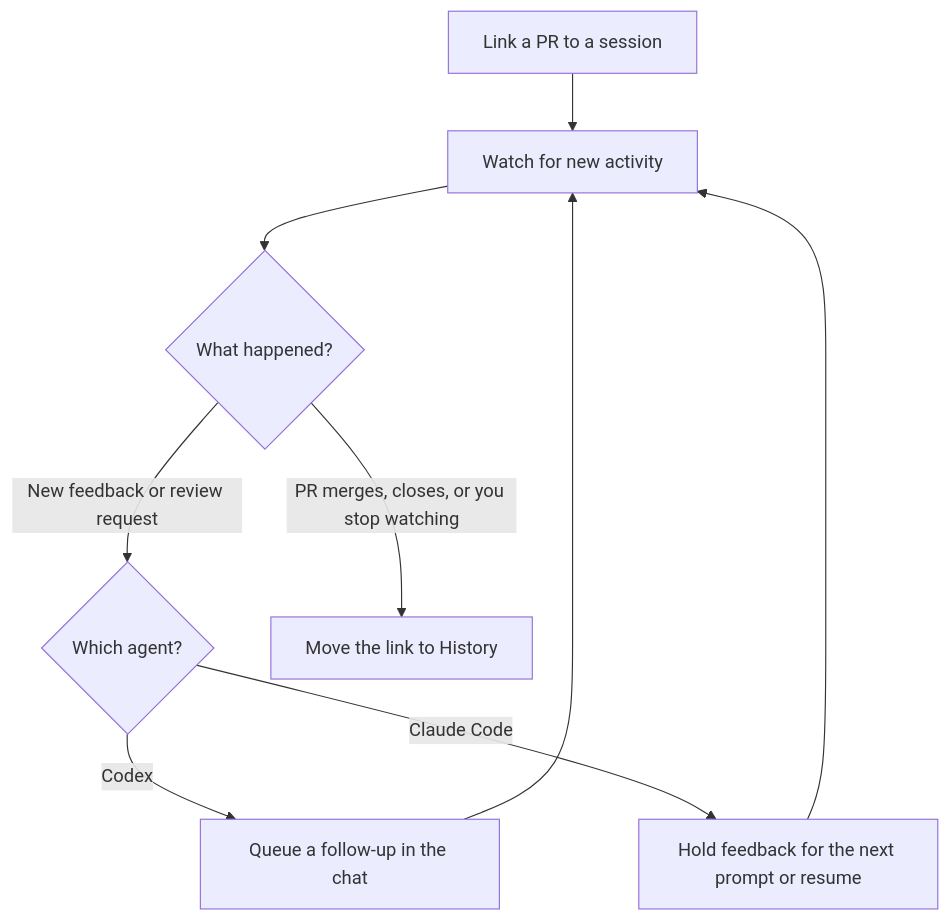
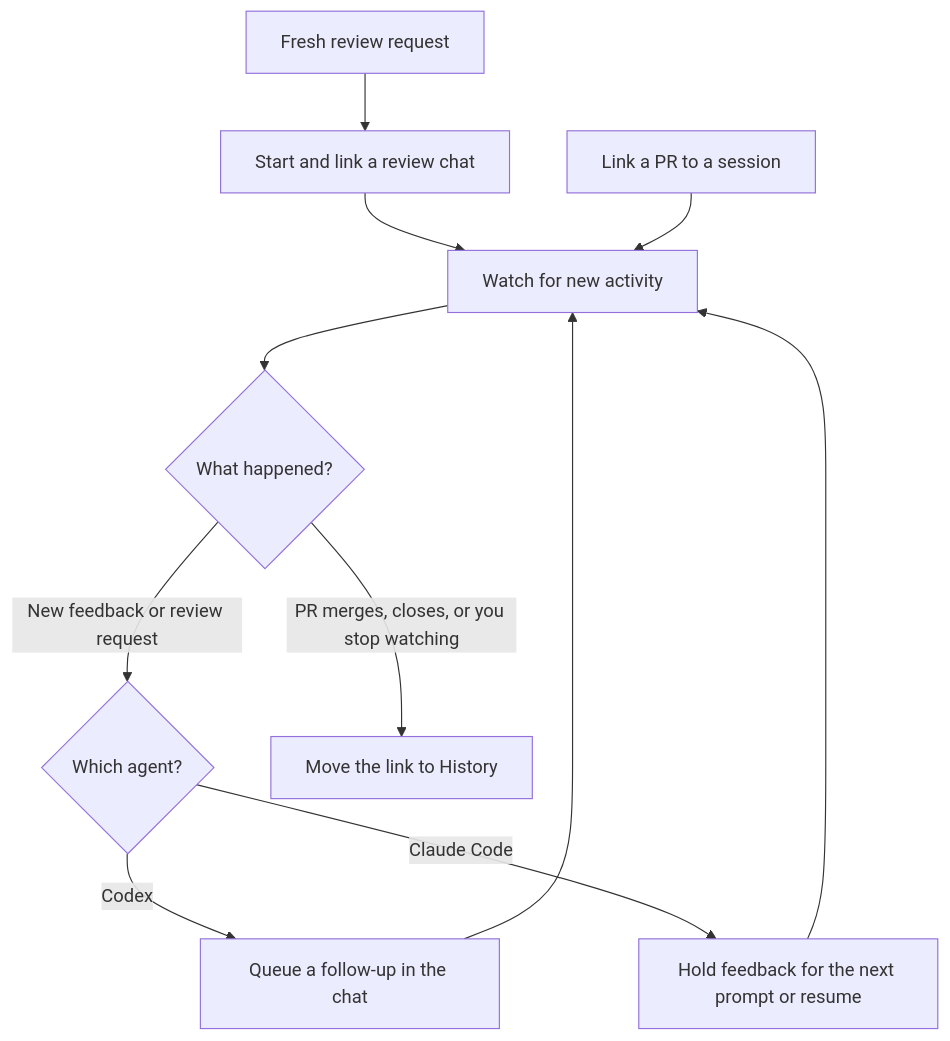
Before and after one commit to Robdel12/review-relay: the diagram in README.md, drawn with Mermaid. The commit also changed other lines of this file and 17 other files, not shown here.

Commit message:
✨ Open a chat for fresh review requests

````diff
--- a/README.md
+++ b/README.md
@@ -24,11 +24,13 @@
 ```mermaid
 flowchart TD
+    Request["Fresh review request"] --> Start["Start and link a review chat"]
+    Start --> Watch
     Link["Link a PR to a session"] --> Watch["Watch for new activity"]
     Watch --> Event{"What happened?"}
     Event -->|"New feedback or review request"| Agent{"Which agent?"}
     Agent -->|"Codex"| Codex["Queue a follow-up in the chat"]
     Agent -->|"Claude Code"| Claude["Hold feedback for the next prompt or resume"]
     Codex --> Watch
     Claude --> Watch
     Event -->|"PR merges, closes, or you stop watching"| History["Move the link to History"]
 ```
````
